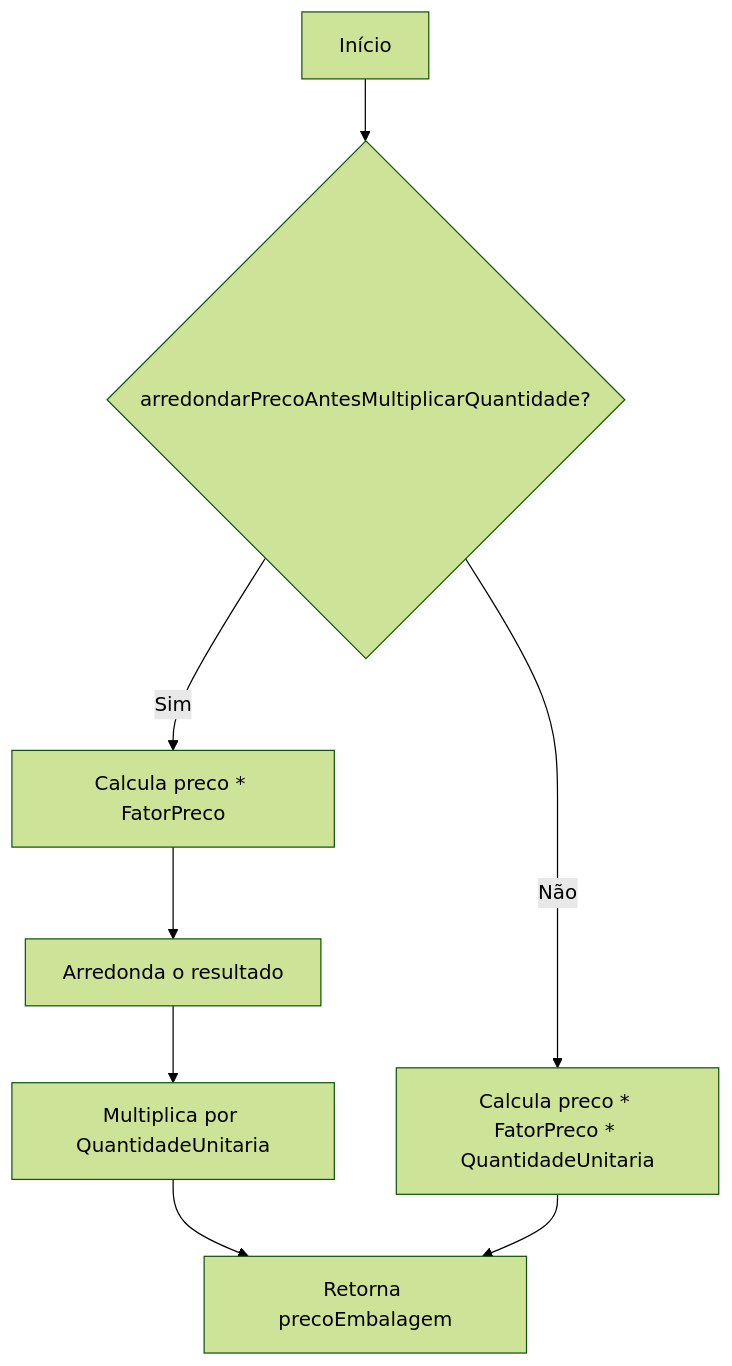
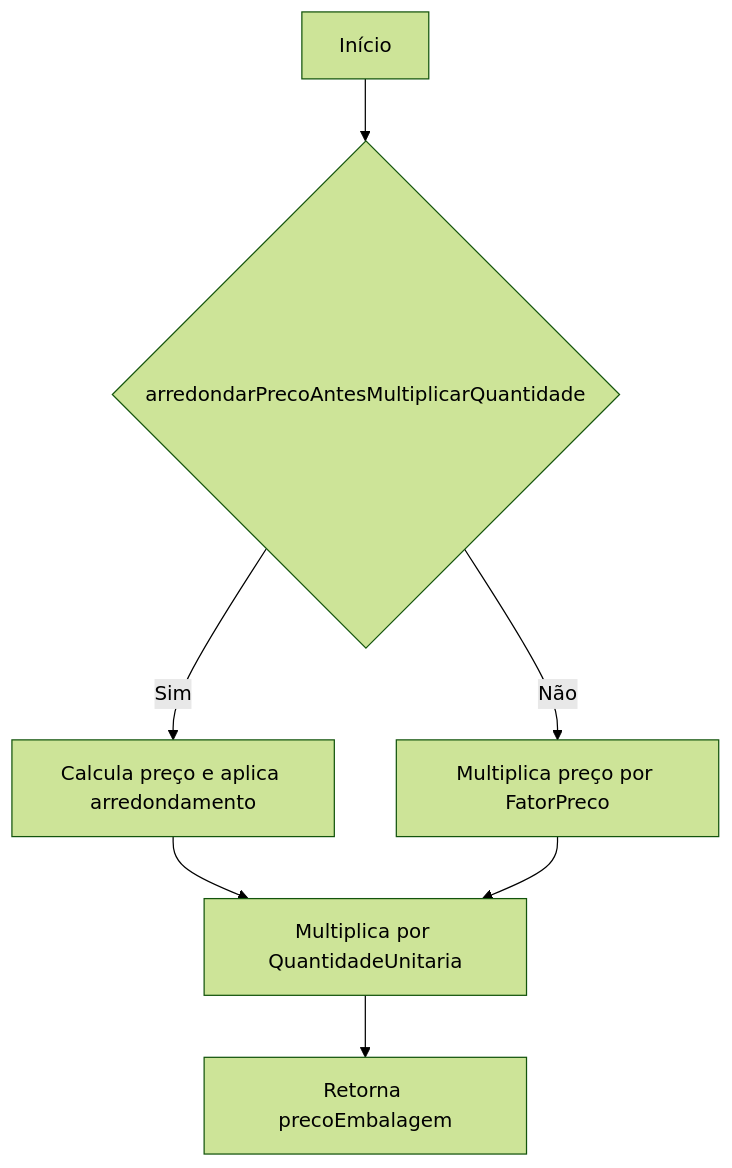
Before and after one commit to IsthmusSistemas/documentacao-tecnica: the first of 3 diagrams in docs/b2b-dominio/IsthmusWinthor.Nucleo/IsthmusWinthor.Dominio/Entidades/EmbalagemItemPedido.md, drawn with Mermaid (forest theme). The commit also changed other lines of this file and 882 other files, not shown here.

````diff
--- a/docs/b2b-dominio/IsthmusWinthor.Nucleo/IsthmusWinthor.Dominio/Entidades/EmbalagemItemPedido.md
+++ b/docs/b2b-dominio/IsthmusWinthor.Nucleo/IsthmusWinthor.Dominio/Entidades/EmbalagemItemPedido.md
@@ -25,10 +23,9 @@
 ```mermaid
 flowchart TD
-    A[Início] --> B{arredondarPrecoAntesMultiplicarQuantidade?}
-    B -- Sim --> C[Calcula preco * FatorPreco]
-    C --> D[Arredonda o resultado]
-    D --> E[Multiplica por QuantidadeUnitaria]
-    E --> F[Retorna precoEmbalagem]
-    B -- Não --> G[Calcula preco * FatorPreco * QuantidadeUnitaria]
-    G --> F
+    A[Início] --> B{arredondarPrecoAntesMultiplicarQuantidade}
+    B -- Sim --> C[Calcula preço e aplica arredondamento]
+    C --> D[Multiplica por QuantidadeUnitaria]
+    D --> E[Retorna precoEmbalagem]
+    B -- Não --> F[Multiplica preço por FatorPreco]
+    F --> D
 ```
````
